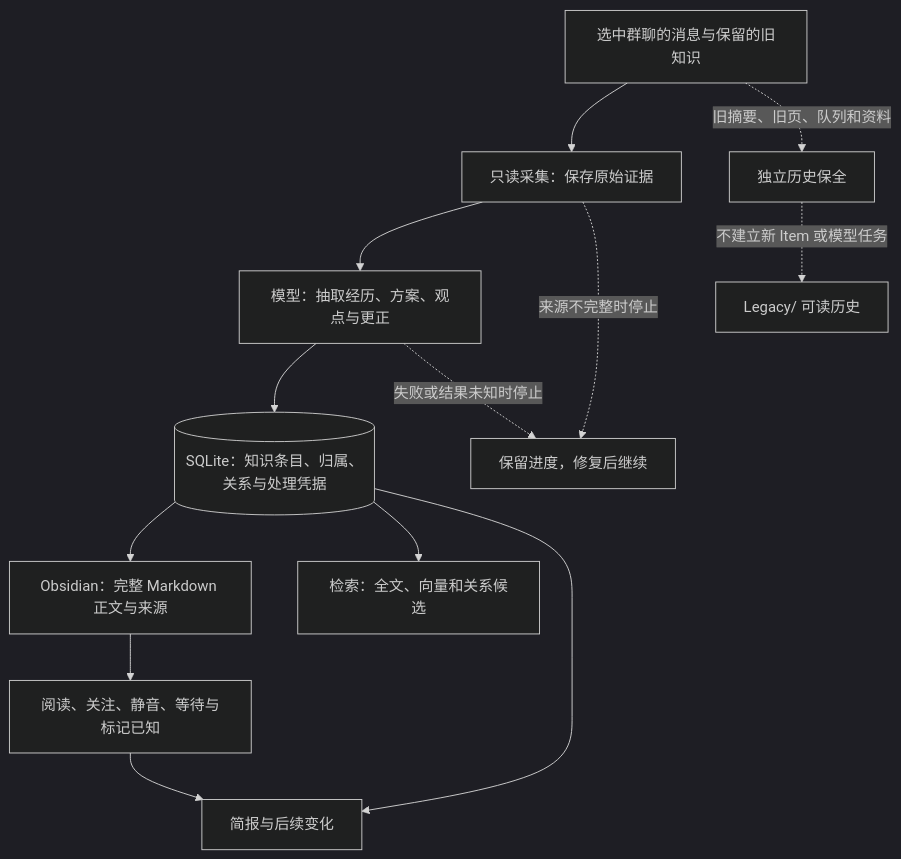
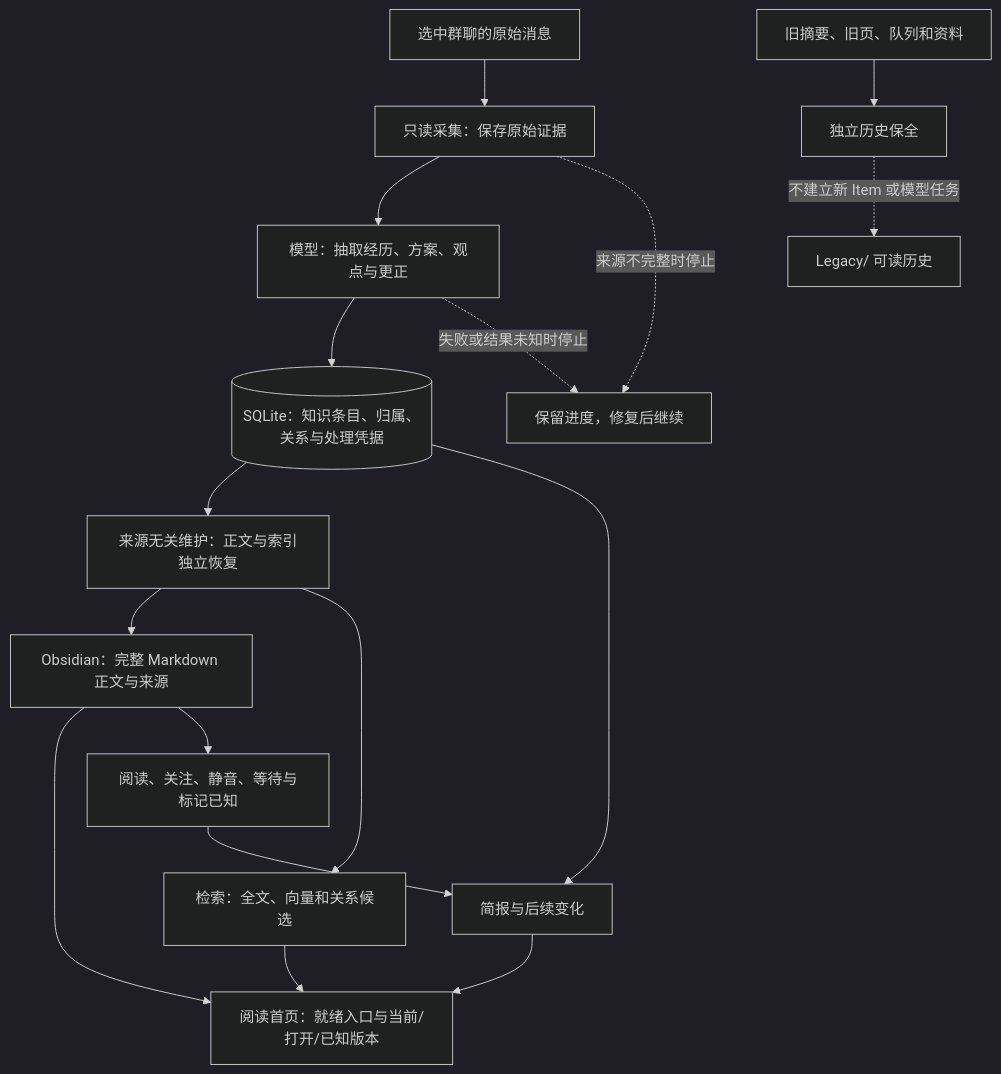
One commit to IndelibleVivi/we-groupchat-obsidian changed the diagram in docs/architecture/semantic-implementation.md. Above: the diagram before and after it, drawn with Mermaid (dark theme). The commit also changed other lines of this file and 25 other files, not shown here.

````diff
--- a/docs/architecture/semantic-implementation.md
+++ b/docs/architecture/semantic-implementation.md
@@ -9,15 +9,19 @@
 ```mermaid
 flowchart TD
-    INPUT[选中群聊的消息与保留的旧知识] --> CAPTURE[只读采集：保存原始证据]
+    INPUT[选中群聊的原始消息] --> CAPTURE[只读采集：保存原始证据]
     CAPTURE --> MODEL[模型：抽取经历、方案、观点与更正]
     MODEL --> STORE[(SQLite：知识条目、归属、关系与处理凭据)]
-    STORE --> BODY[Obsidian：完整 Markdown 正文与来源]
-    STORE --> SEARCH[检索：全文、向量和关系候选]
+    STORE --> MAINT[来源无关维护：正文与索引独立恢复]
+    MAINT --> BODY[Obsidian：完整 Markdown 正文与来源]
+    MAINT --> SEARCH[检索：全文、向量和关系候选]
     STORE --> BRIEF[简报与后续变化]
+    BODY --> HOME[阅读首页：就绪入口与当前/打开/已知版本]
+    SEARCH --> HOME
+    BRIEF --> HOME
     BODY --> CONTROL[阅读、关注、静音、等待与标记已知]
     CONTROL --> BRIEF
     CAPTURE -. 来源不完整时停止 .-> STOP[保留进度，修复后继续]
     MODEL -. 失败或结果未知时停止 .-> STOP
-    INPUT -. 旧摘要、旧页、队列和资料 .-> HISTORY[独立历史保全]
+    LEGACY_INPUT[旧摘要、旧页、队列和资料] --> HISTORY[独立历史保全]
     HISTORY -. 不建立新 Item 或模型任务 .-> LEGACY_OUT[Legacy/ 可读历史]
 ```
````
